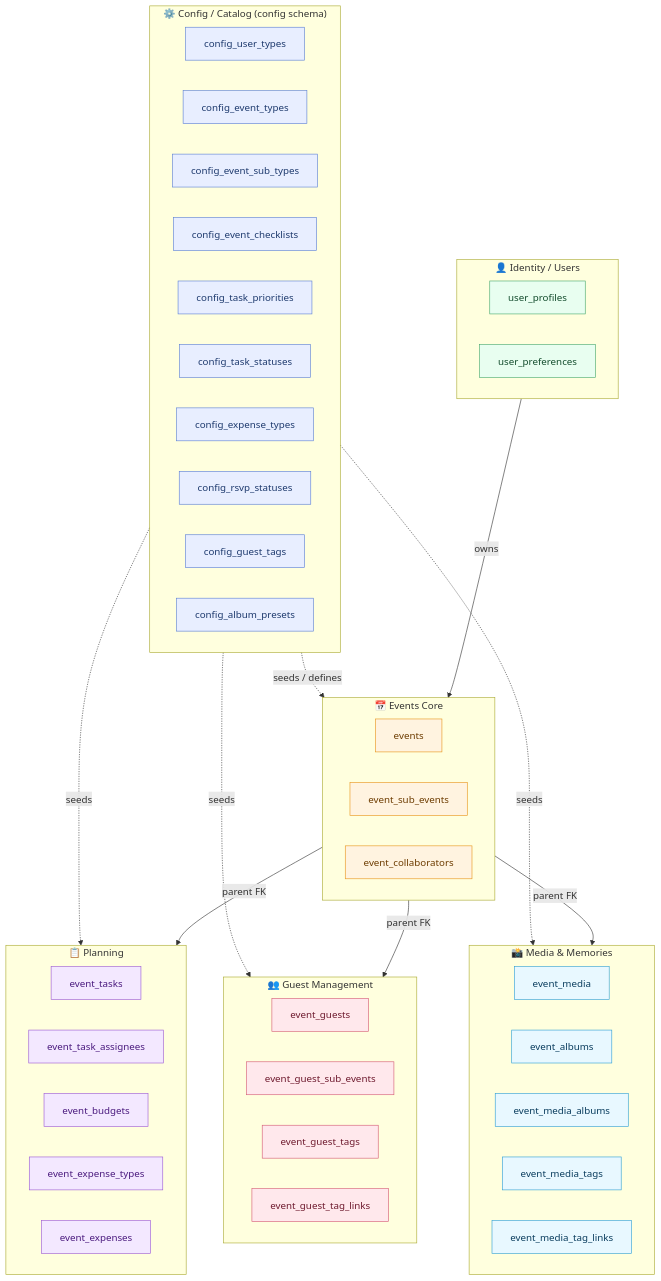
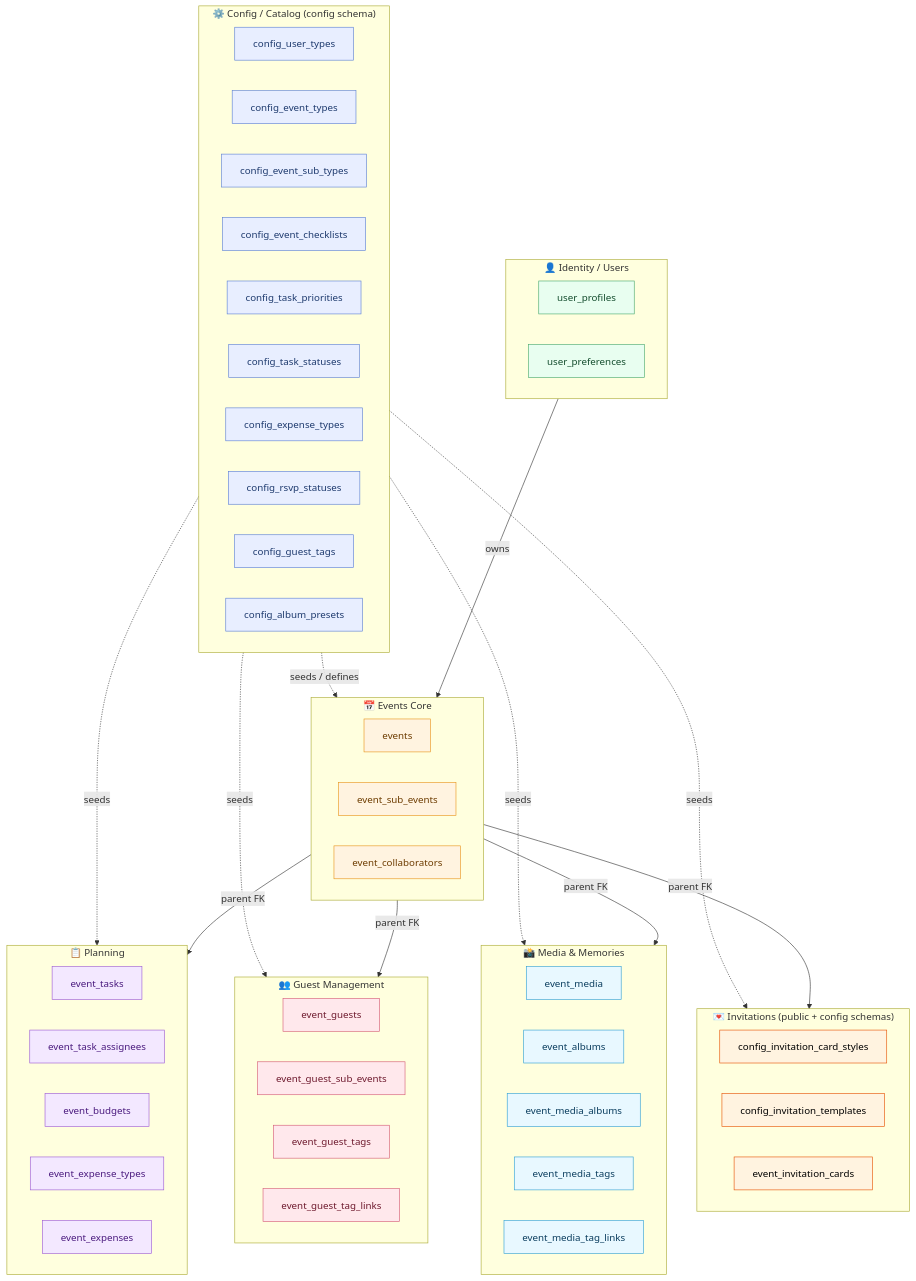
The first of 6 diagrams in docs/data-model/ERD.md (evenzi-official/Evenzi), drawn with Mermaid before and after one commit. The commit also changed other lines of this file and 3 other files, not shown here.

First line of the commit message:
feat(db): invitations card data model (inv_01–inv_06)

````diff
--- a/docs/data-model/ERD.md
+++ b/docs/data-model/ERD.md
@@ -13,72 +13,82 @@
 ```mermaid
 flowchart TB
   subgraph CFG["⚙️ Config / Catalog  (config schema)"]
     CUT[config_user_types]
     CET[config_event_types]
     CEST[config_event_sub_types]
     CEC[config_event_checklists]
     CTP[config_task_priorities]
     CTS[config_task_statuses]
     CEXT[config_expense_types]
     CRS[config_rsvp_statuses]
     CGT[config_guest_tags]
     CAP[config_album_presets]
   end
 
   subgraph USR["👤 Identity / Users"]
     UP[user_profiles]
     UPR[user_preferences]
   end
 
   subgraph CORE["📅 Events Core"]
     E[events]
     ESE[event_sub_events]
     EC[event_collaborators]
   end
 
   subgraph PLN["📋 Planning"]
     ET[event_tasks]
     ETA[event_task_assignees]
     EB[event_budgets]
     EXPT[event_expense_types]
     EXP[event_expenses]
   end
 
   subgraph GST["👥 Guest Management"]
     EG[event_guests]
     EGSE[event_guest_sub_events]
     EGT[event_guest_tags]
     EGTL[event_guest_tag_links]
   end
 
   subgraph MED["📸 Media & Memories"]
     EM[event_media]
     EA[event_albums]
     EMA[event_media_albums]
     EMT[event_media_tags]
     EMTL[event_media_tag_links]
   end
 
+  subgraph INV["💌 Invitations  (public + config schemas)"]
+    CIS[config_invitation_card_styles]
+    CIT[config_invitation_templates]
+    EIC[event_invitation_cards]
+  end
+
   CFG -. "seeds / defines" .-> CORE
   CFG -. "seeds" .-> PLN
   CFG -. "seeds" .-> GST
   CFG -. "seeds" .-> MED
+  CFG -. "seeds" .-> INV
   USR -- "owns" --> CORE
   CORE -- "parent FK" --> PLN
   CORE -- "parent FK" --> GST
   CORE -- "parent FK" --> MED
+  CORE -- "parent FK" --> INV
 
   classDef cfg fill:#e8eeff,stroke:#5b7fd4,color:#1e3a6e;
   classDef usr fill:#e8fef0,stroke:#47a86e,color:#144d2e;
   classDef core fill:#fff3e0,stroke:#e8941a,color:#6d3c00;
   classDef pln fill:#f3e8ff,stroke:#9b59d4,color:#4a1a7e;
   classDef gst fill:#ffe8ec,stroke:#d45b74,color:#6e1a2e;
   classDef med fill:#e8f8ff,stroke:#2e9fd4,color:#0a3d5e;
+  classDef inv fill:#fff3e0,stroke:#e65100,color:#000;
 
   class CUT,CET,CEST,CEC,CTP,CTS,CEXT,CRS,CGT,CAP cfg;
   class UP,UPR usr;
   class E,ESE,EC core;
   class ET,ETA,EB,EXPT,EXP pln;
   class EG,EGSE,EGT,EGTL gst;
   class EM,EA,EMA,EMT,EMTL med;
+  class CIS,CIT,EIC inv;
 ```
````
